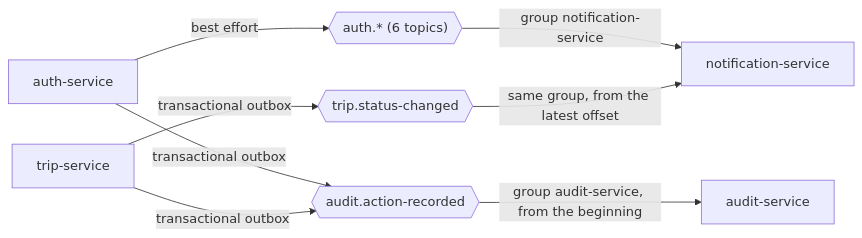
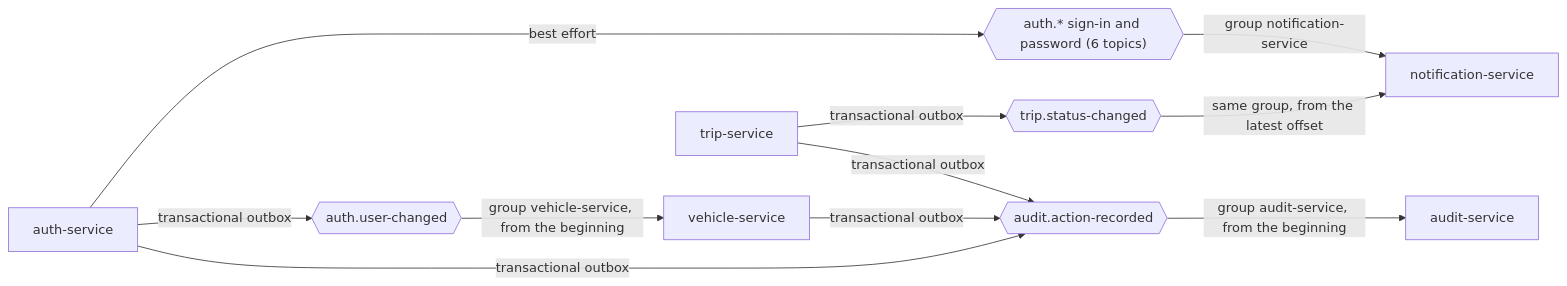
The third of 3 diagrams in docs/infrastructure.md (Mohammed-Taysser/masr3), drawn with Mermaid before and after one commit. The commit also changed other lines of this file and 79 other files, not shown here.

Commit message:
feat: add vehicle-service with a drivers copy from auth.user-changed

````diff
--- a/docs/infrastructure.md
+++ b/docs/infrastructure.md
@@ -114,10 +120,13 @@
 ```mermaid
 flowchart LR
-  auth[auth-service] -->|best effort| at{{"auth.* (6 topics)"}}
+  auth[auth-service] -->|best effort| at{{"auth.* sign-in and password (6 topics)"}}
   at -->|group notification-service| ns[notification-service]
+  auth -->|transactional outbox| uc{{auth.user-changed}}
+  uc -->|group vehicle-service, from the beginning| vs[vehicle-service]
   trip[trip-service] -->|transactional outbox| tt{{trip.status-changed}}
   tt -->|same group, from the latest offset| ns
   auth -->|transactional outbox| aa{{audit.action-recorded}}
   trip -->|transactional outbox| aa
+  vs -->|transactional outbox| aa
   aa -->|group audit-service, from the beginning| as[audit-service]
 ```
````
